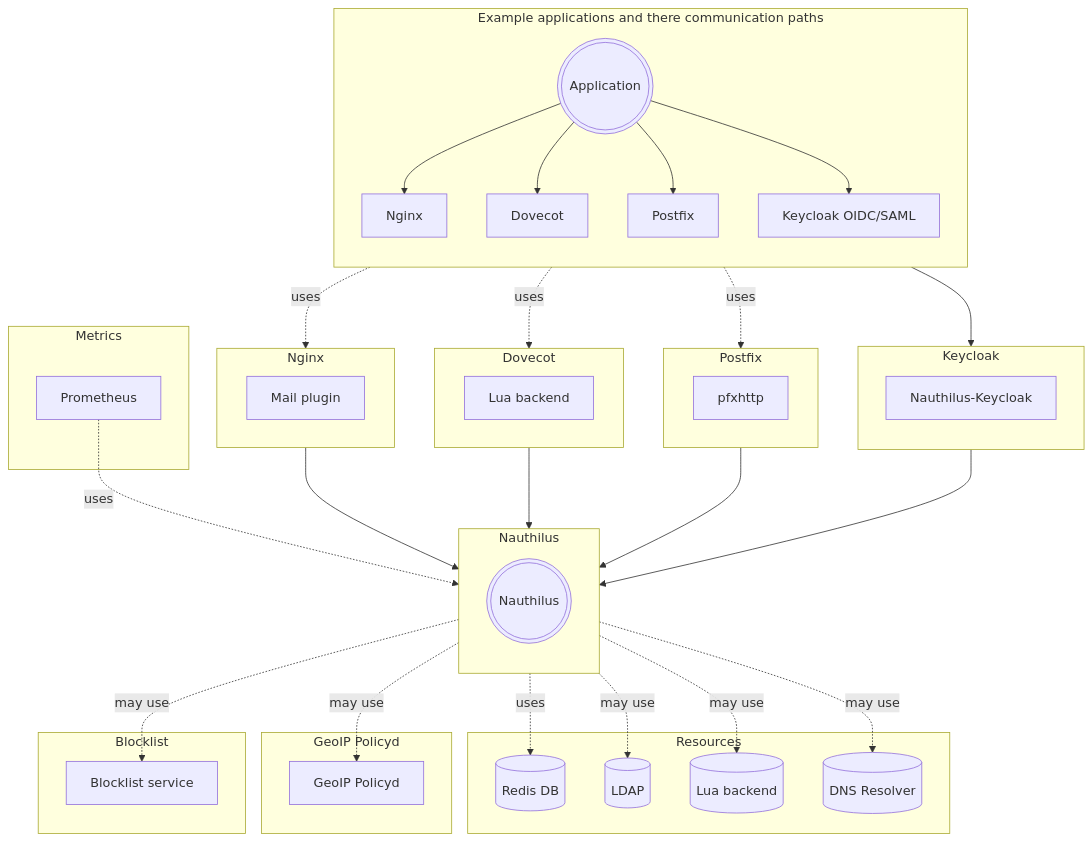
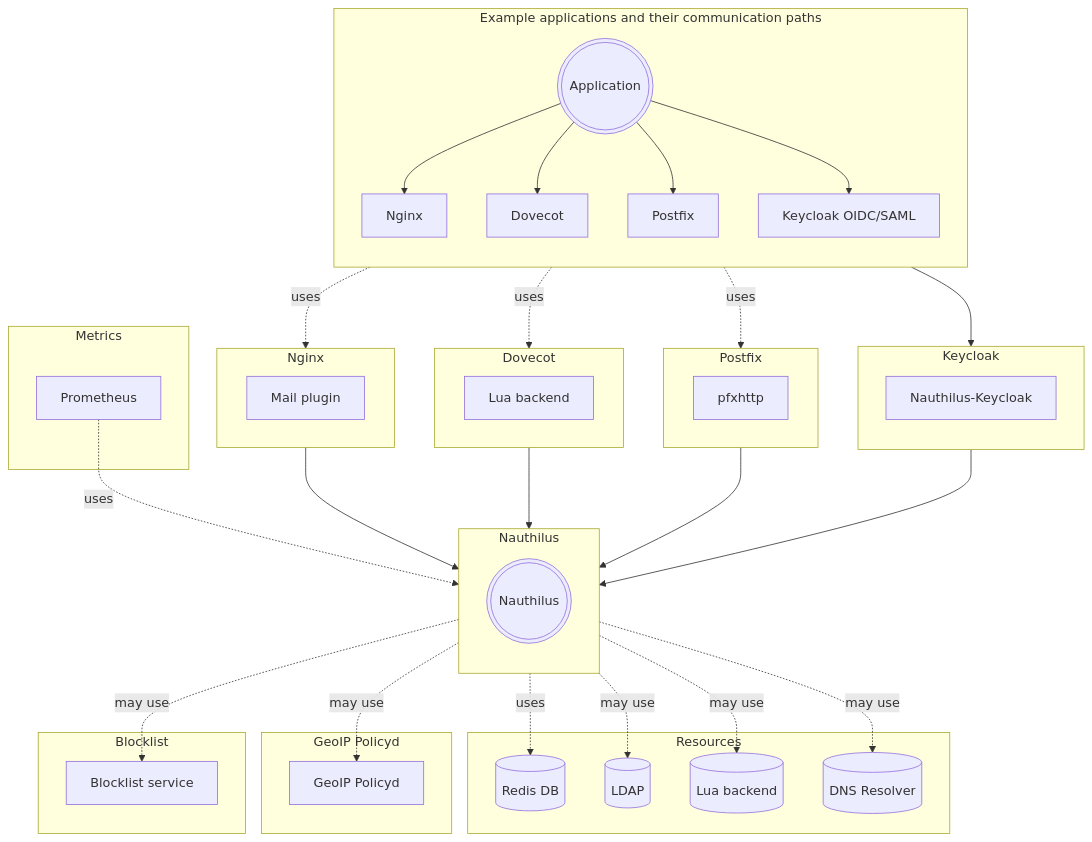
One commit to croessner/nauthilus-website changed the diagram in docs/about/overview.md. Above: the diagram before and after it, drawn with Mermaid. The commit also changed other lines of this file and 40 other files, not shown here.

````diff
--- a/docs/about/overview.md
+++ b/docs/about/overview.md
@@ -16,49 +19,49 @@
 ```mermaid
 flowchart TB
-    subgraph Example applications and there communication paths
+    subgraph Example applications and their communication paths
         direction TB
         app(((Application))) --> ngx
         app --> dcot
         app --> postfix
         app --> keycloak
     end
     subgraph Nauthilus
         direction TB
         as(((Nauthilus)))
     end
     subgraph Keycloak
         direction TB
         keycloak[Keycloak OIDC/SAML] --> nauthiluskeycloak[Nauthilus-Keycloak] 
         nauthiluskeycloak --> as
     end
     subgraph Resources
         as -. uses .-> redis[(Redis DB)]
         as -. may use .-> ldap[(LDAP)]
         as -. may use .-> lua[(Lua backend)]
         as -. may use .-> dns[(DNS Resolver)]
     end
     subgraph Metrics
         prom[Prometheus] -. uses .-> as
     end
     subgraph Postfix
         direction LR
         postfix[Postfix] -. uses .-> pfxhttp
         pfxhttp --> as
     end
     subgraph Dovecot
         direction LR
         dcot[Dovecot] -. uses .-> luabackend[Lua backend]
         luabackend --> as
     end
     subgraph Nginx
         direction LR
         ngx[Nginx] -. uses .-> ngxmailplugin[Mail plugin]
         ngxmailplugin --> as
     end
     subgraph GeoIP Policyd
         as -. may use .-> geopol[GeoIP Policyd]
     end
     subgraph Blocklist
         as -. may use .-> blocklist[Blocklist service]
     end
 ```
````
